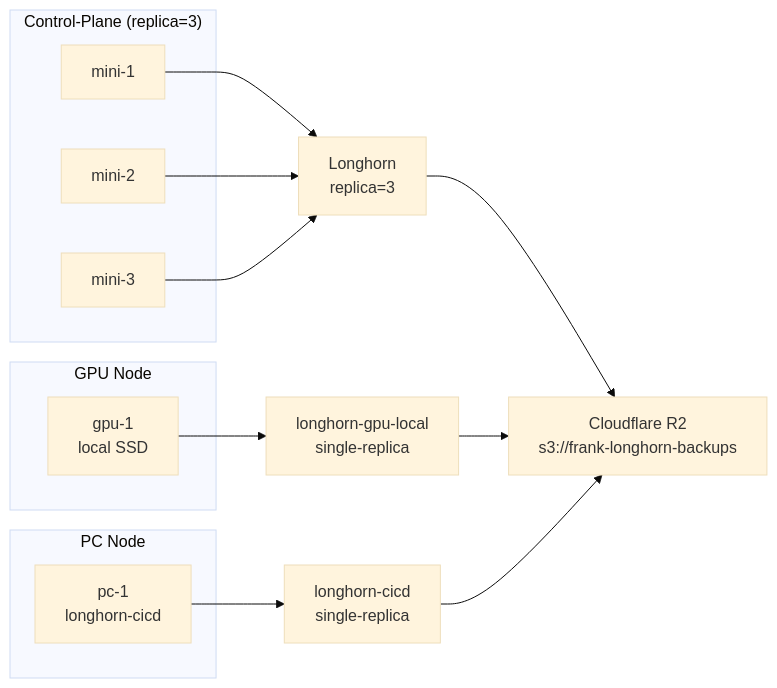
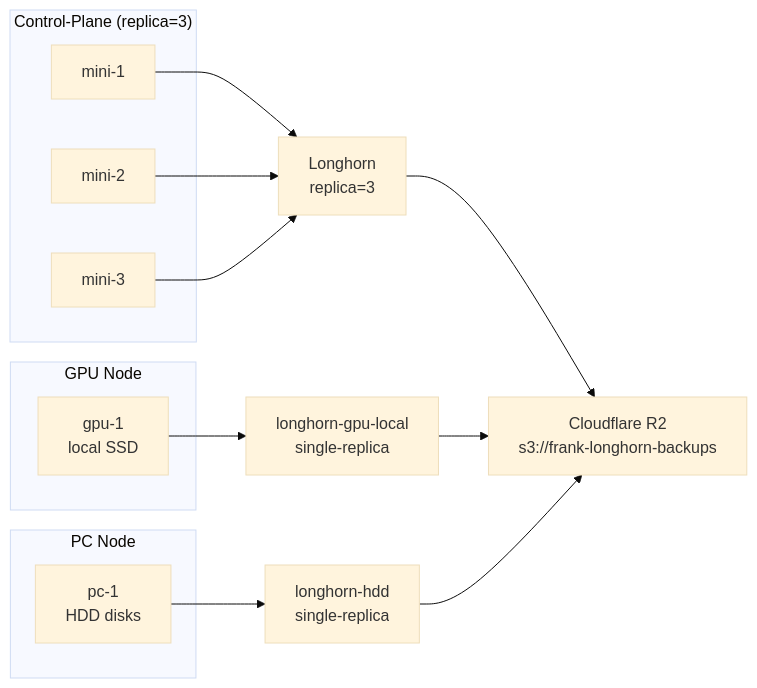
Before and after one commit to derio-net/frank: the diagram in blog/content/docs/operating/02-storage-backups/index.md, drawn with Mermaid (base theme). The commit also changed other lines of this file and 31 other files, not shown here.

First line of the commit message:
feat(stor): pc-1's HDDs into Longhorn as a SMART-gated hdd tier for CI scratch (#824) (#836)

````diff
--- a/blog/content/docs/operating/02-storage-backups/index.md
+++ b/blog/content/docs/operating/02-storage-backups/index.md
@@ -43,22 +44,22 @@
 ```mermaid
 graph LR
   subgraph CP["Control-Plane (replica=3)"]
     M1["mini-1"]
     M2["mini-2"]
     M3["mini-3"]
   end
   subgraph GPU["GPU Node"]
     G1["gpu-1<br/>local SSD"]
   end
   subgraph PC["PC Node"]
-    P1["pc-1<br/>longhorn-cicd"]
+    P1["pc-1<br/>HDD disks"]
   end
   M1 --> LH["Longhorn<br/>replica=3"]
   M2 --> LH
   M3 --> LH
   G1 --> LG["longhorn-gpu-local<br/>single-replica"]
-  P1 --> LC["longhorn-cicd<br/>single-replica"]
+  P1 --> LC["longhorn-hdd<br/>single-replica"]
   LH --> R2["Cloudflare R2<br/>s3://frank-longhorn-backups"]
   LG --> R2
   LC --> R2
 ```
````
